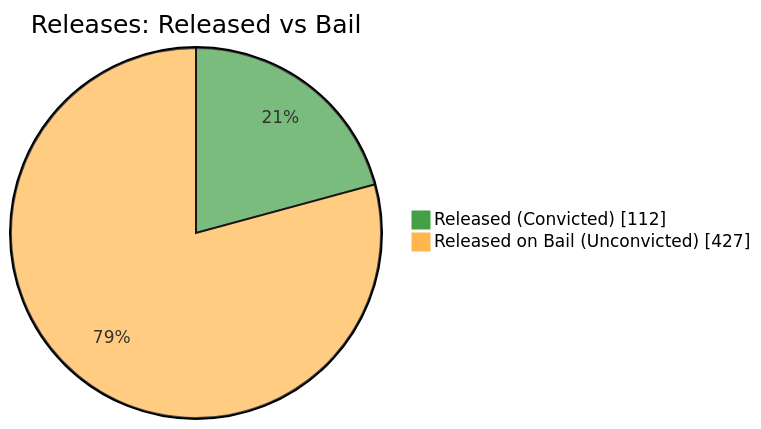
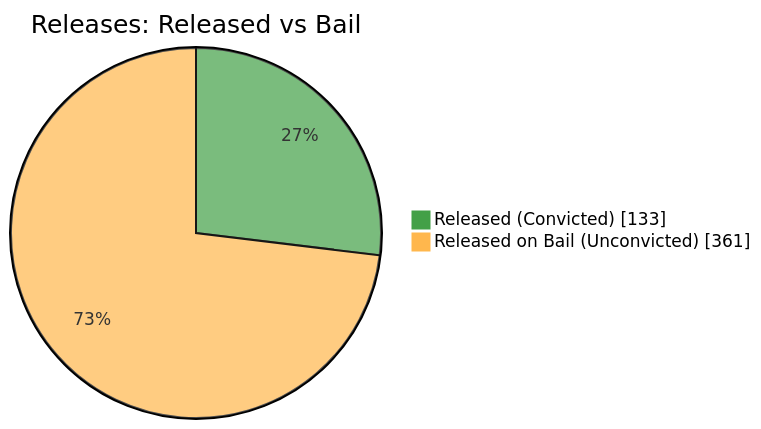
One commit to nuuuwan/lk_prisons changed the fifth of 7 diagrams in README.md. Above: the diagram before and after it, drawn with Mermaid. The commit also changed other lines of this file and 1 other file, not shown here.

````diff
--- a/README.md
+++ b/README.md
@@ -87,6 +87,6 @@
 ```mermaid
 %%{init: {'themeVariables': {'pie1': '#43A047', 'pie2': '#FFB74D'}}}%%
 pie showData title Releases: Released vs Bail
-    "Released (Convicted)" : 112
-    "Released on Bail (Unconvicted)" : 427
+    "Released (Convicted)" : 133
+    "Released on Bail (Unconvicted)" : 361
 ```
````
